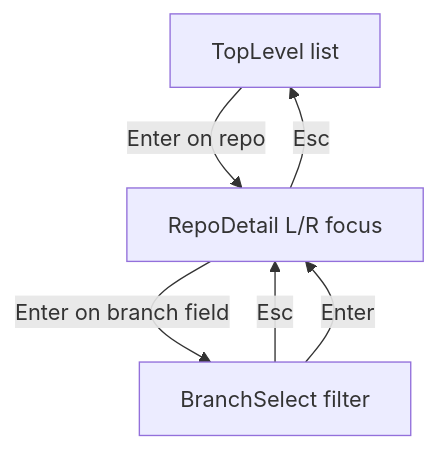
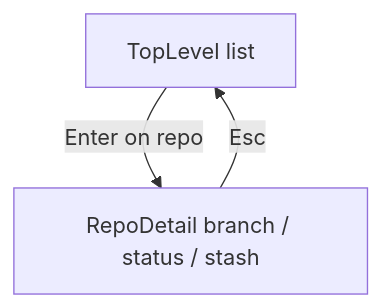
One commit to earlye/git-interactive changed the diagram in src/git-interactive-repos/README.md. Above: the diagram before and after it, drawn with Mermaid. The commit also changed other lines of this file and 1 other file, not shown here.

Commit message:
Fleshing out RepoDetail mode

````diff
--- a/src/git-interactive-repos/README.md
+++ b/src/git-interactive-repos/README.md
@@ -21,11 +21,7 @@
 ```mermaid
 flowchart TD
   Top[TopLevel list]
-  Dir[RepoDetail L/R focus]
-  Branch[BranchSelect filter]
+  Dir[RepoDetail branch / status / stash]
   Top -->|Enter on repo| Dir
-  Dir -->|Enter on branch field| Branch
   Dir -->|Esc| Top
-  Branch -->|Esc| Dir
-  Branch -->|Enter| Dir
 ```
````
